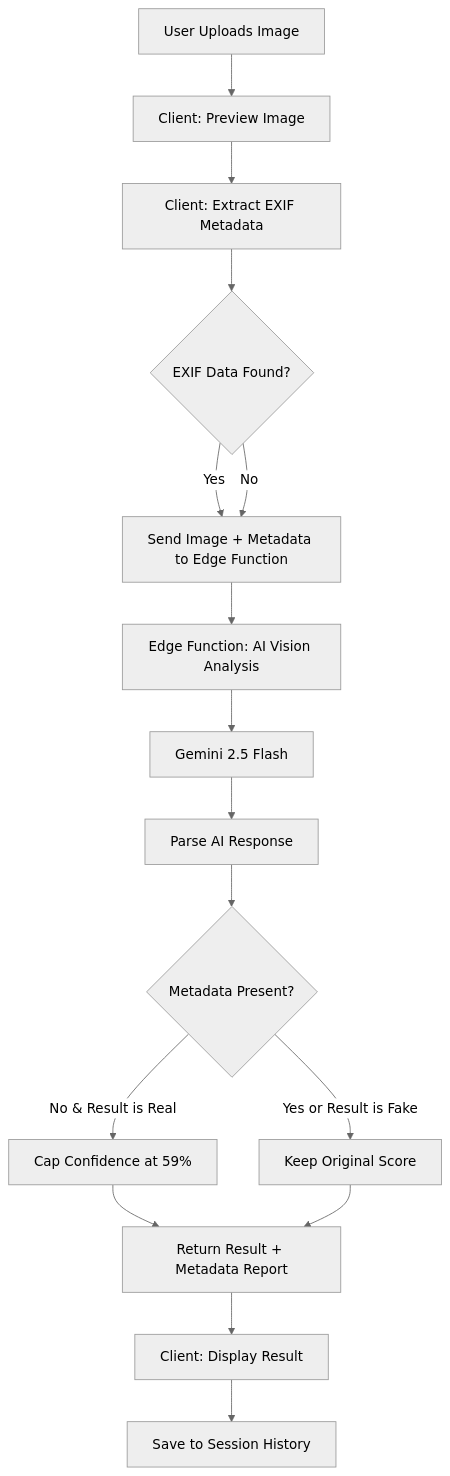
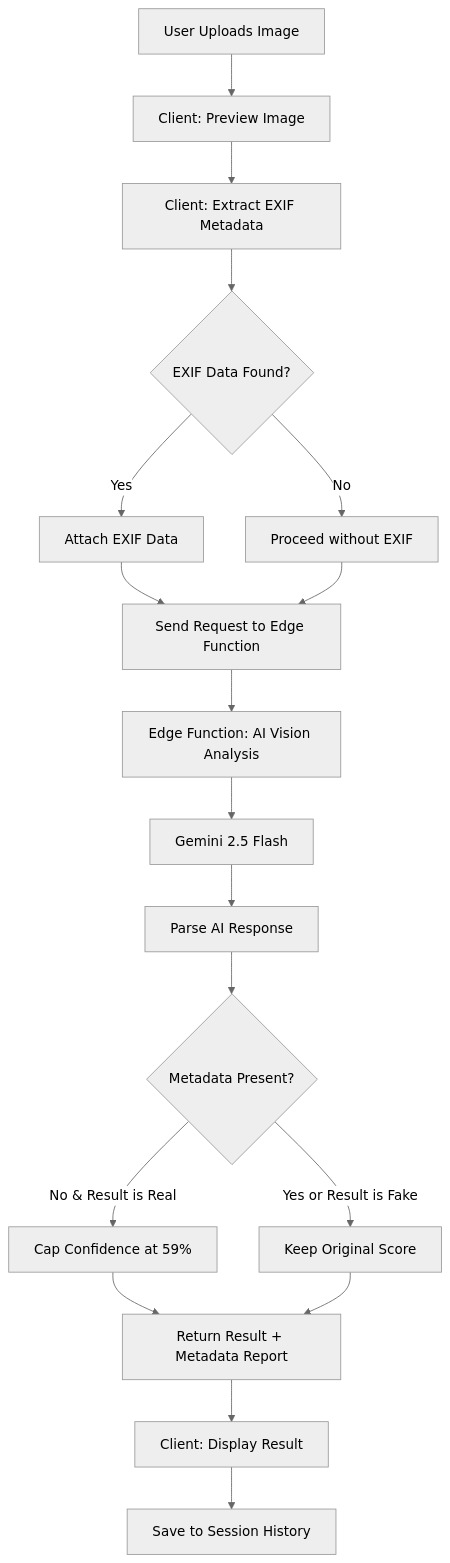
The first of 2 diagrams in README.md (kiran46-code/deepfaked), drawn with Mermaid (neutral theme) before and after one commit. The commit also changed other lines of this file, not shown here.

````diff
--- a/README.md
+++ b/README.md
@@ -82,18 +82,20 @@
 ```mermaid
 flowchart TD
     A[User Uploads Image] --> B[Client: Preview Image]
     B --> C[Client: Extract EXIF Metadata]
     C --> D{EXIF Data Found?}
-    D -->|Yes| E[Send Image + Metadata to Edge Function]
-    D -->|No| E
+    D -->|Yes| E1[Attach EXIF Data]
+    D -->|No| E2[Proceed without EXIF]
+    E1 --> E[Send Request to Edge Function]
+    E2 --> E
     E --> F[Edge Function: AI Vision Analysis]
     F --> G[Gemini 2.5 Flash]
     G --> H[Parse AI Response]
     H --> I{Metadata Present?}
     I -->|No & Result is Real| J[Cap Confidence at 59%]
     I -->|Yes or Result is Fake| K[Keep Original Score]
     J --> L[Return Result + Metadata Report]
     K --> L
     L --> M[Client: Display Result]
     M --> N[Save to Session History]
 ```
````
